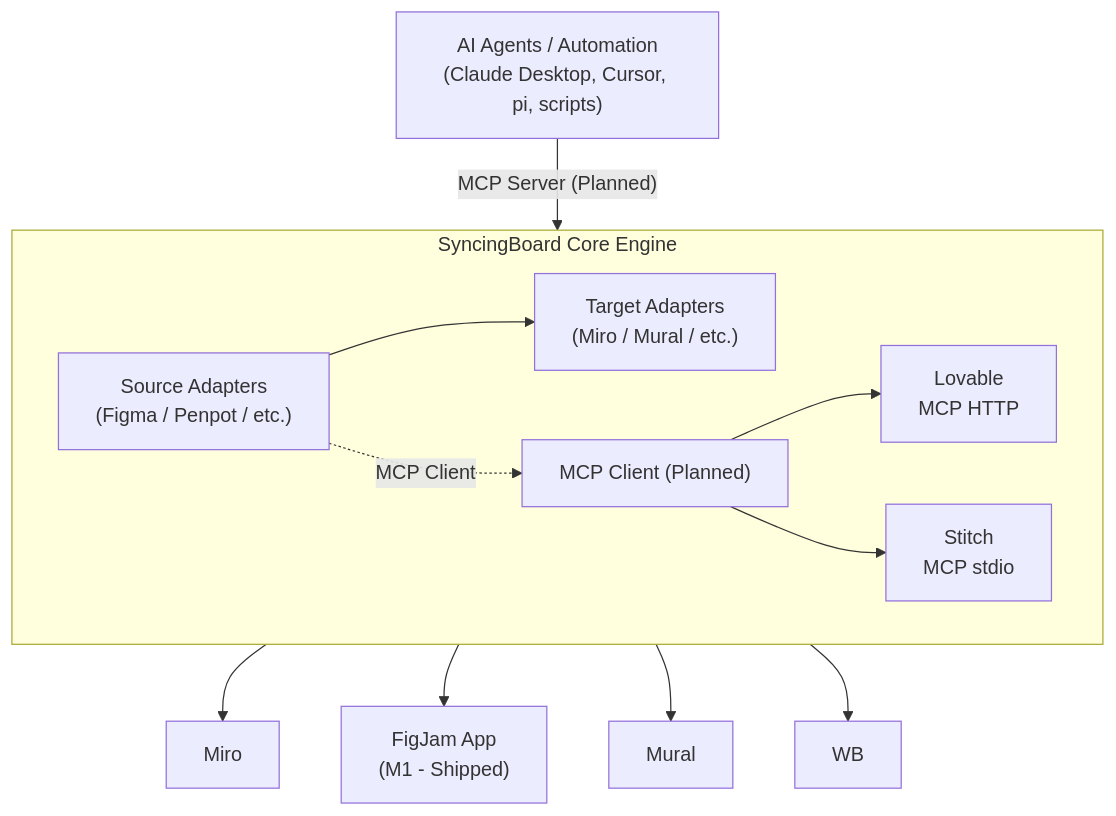
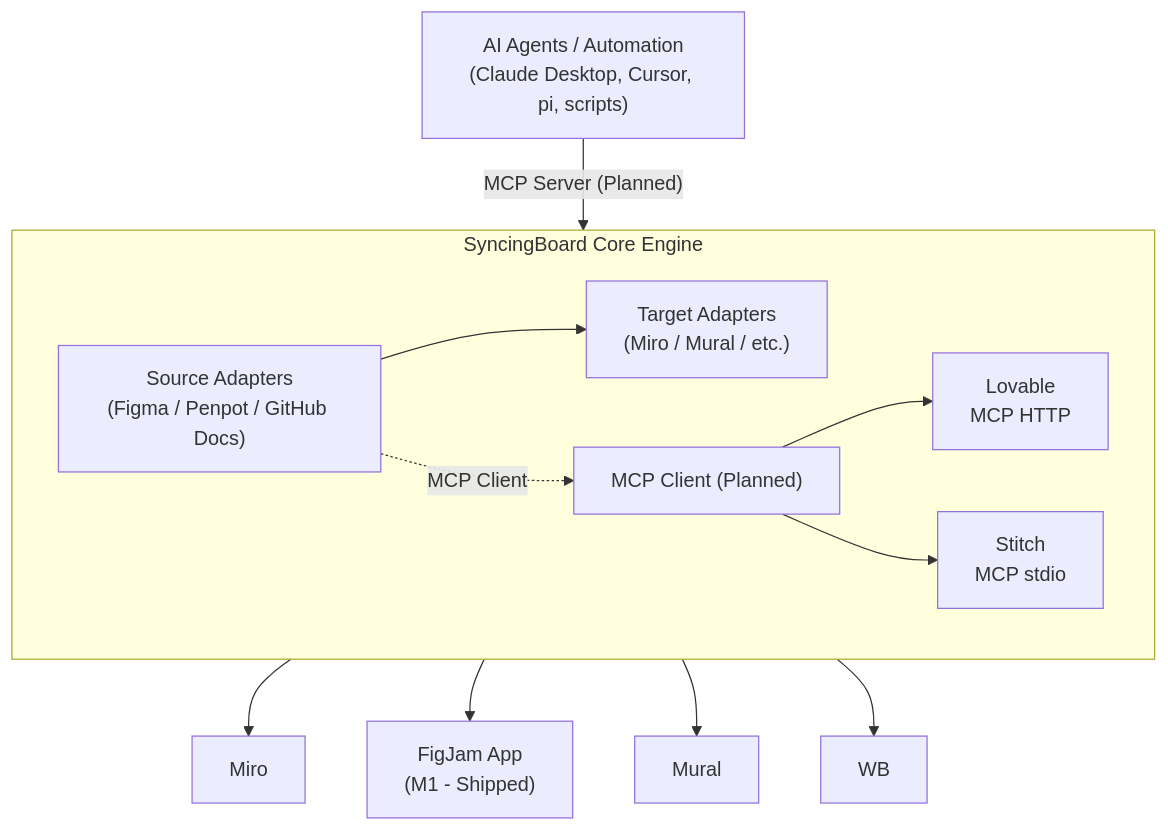
Before and after one commit to luismichio/syncingboard: the diagram in doc/architecture.md, drawn with Mermaid. The commit also changed 26 other files, not shown here.

Commit message:
feat(miro): add GitHub Docs-as-Code text sync MVP and GitHub OAuth

````diff
--- a/doc/architecture.md
+++ b/doc/architecture.md
@@ -73,21 +73,21 @@
 ```mermaid
 graph TD
   agents["AI Agents / Automation<br/>(Claude Desktop, Cursor, pi, scripts)"]
   subgraph engine["SyncingBoard Core Engine"]
     direction LR
-    sa["Source Adapters<br/>(Figma / Penpot / etc.)"]
+    sa["Source Adapters<br/>(Figma / Penpot / GitHub Docs)"]
     ta["Target Adapters<br/>(Miro / Mural / etc.)"]
     mcp["MCP Client (Planned)"]
     lovable["Lovable<br/>MCP HTTP"]
     stitch["Stitch<br/>MCP stdio"]
     sa --> ta
     sa -.->|MCP Client| mcp
     mcp --> lovable
     mcp --> stitch
   end
   ta --> miro["Miro"]
 ta --> figjam["FigJam App<br/>(M1 - Shipped)"]
   ta --> mural["Mural"]
   ta --> wb["WB"]
   agents -->|"MCP Server (Planned)"| engine
 ```
````
